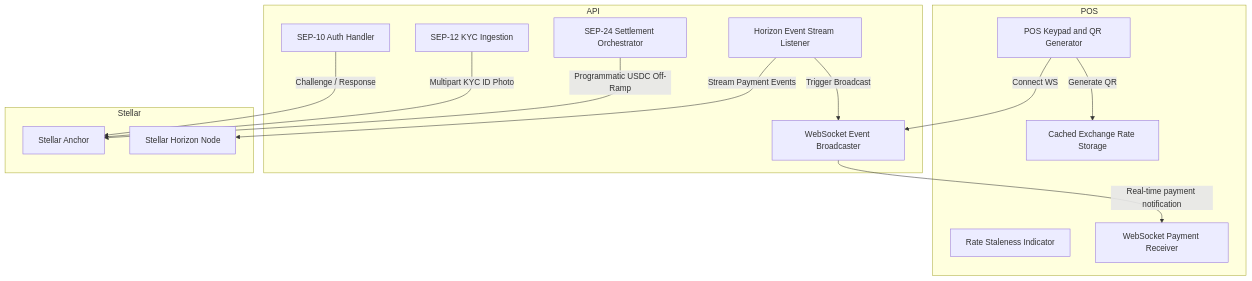
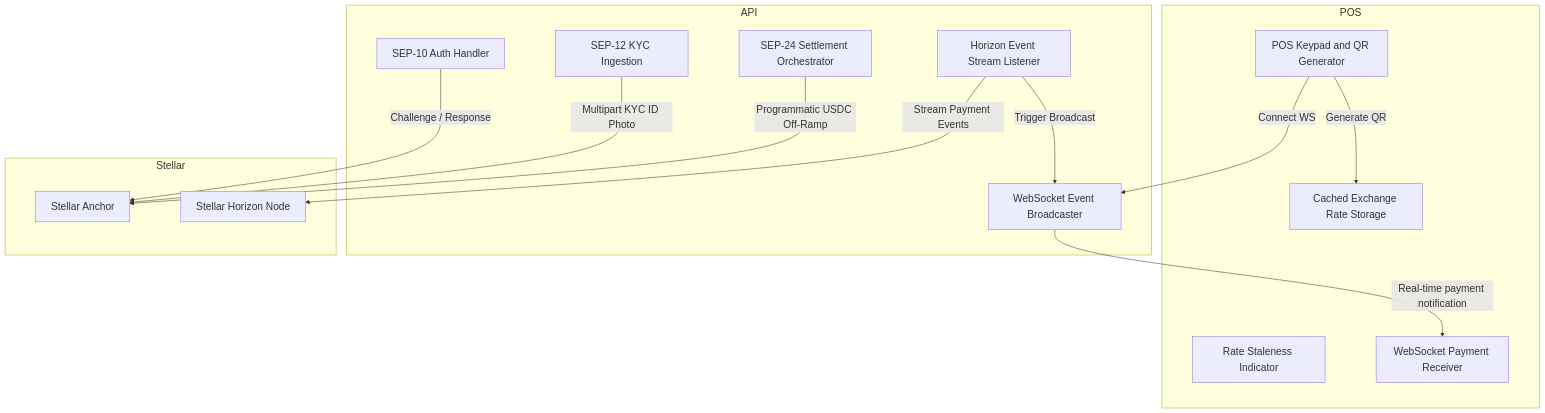
One commit to HaloPaye/halopay-docs changed the diagram in src/pages/technical-reference.mdx. Above: the diagram before and after it, drawn with Mermaid. The commit also changed other lines of this file and 5 other files, not shown here.

````diff
--- a/src/pages/technical-reference.mdx
+++ b/src/pages/technical-reference.mdx
@@ -5,31 +5,32 @@
 ```mermaid
+%%{init: {'themeVariables': { 'fontSize': '20px' }, 'flowchart': { 'nodeSpacing': 100, 'rankSpacing': 100 }}}%%
 graph TD
     subgraph POS
         UI[POS Keypad and QR Generator]
         Cache[Cached Exchange Rate Storage]
         StaleUI[Rate Staleness Indicator]
         WSClient[WebSocket Payment Receiver]
     end
 
     subgraph API
         SEP10[SEP-10 Auth Handler]
         SEP12[SEP-12 KYC Ingestion]
         SEP24[SEP-24 Settlement Orchestrator]
         HorizonListener[Horizon Event Stream Listener]
         WSServer[WebSocket Event Broadcaster]
     end
 
     subgraph Stellar
         Anchor[Stellar Anchor]
         Horizon[Stellar Horizon Node]
     end
 
     UI -->|Generate QR| Cache
     UI -->|Connect WS| WSServer
     WSServer -->|Real-time payment notification| WSClient
     SEP10 -->|Challenge / Response| Anchor
     SEP12 -->|Multipart KYC ID Photo| Anchor
     SEP24 -->|Programmatic USDC Off-Ramp| Anchor
     HorizonListener -->|Stream Payment Events| Horizon
     HorizonListener -->|Trigger Broadcast| WSServer
 ```
````
